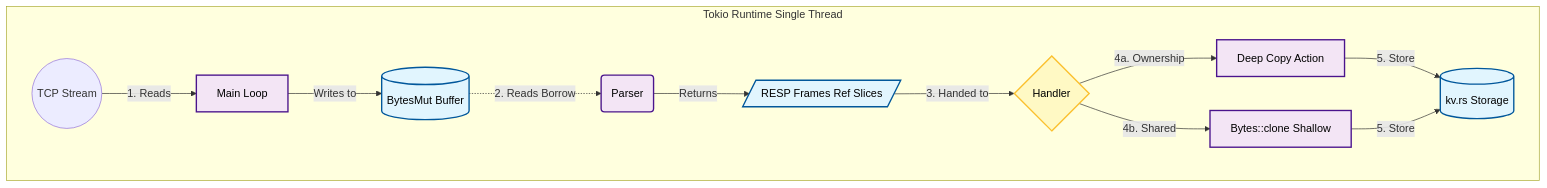
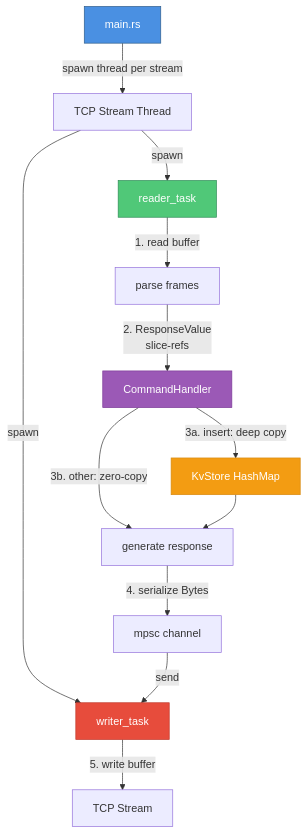
Before and after one commit to yskim308/rustis: the diagram in README.md, drawn with Mermaid. The commit also changed other lines of this file and 1 other file, not shown here.

Commit message:
organize and update readme for single_thread_v5

````diff
--- a/README.md
+++ b/README.md
@@ -125,81 +114,23 @@
 ```mermaid
-flowchart LR
-
-%% Define styles
-
-classDef storage fill:#e1f5fe,stroke:#01579b,stroke-width:2px,color:black;
-
-classDef process fill:#f3e5f5,stroke:#4a148c,stroke-width:2px,color:black;
-
-classDef decision fill:#fff9c4,stroke:#fbc02d,stroke-width:2px,color:black;
-
-  
-
-subgraph Tokio_Runtime [Tokio Runtime Single Thread]
-
-direction LR
-
-%% Step 1: Ingest
-
-TCP((TCP Stream))
-
-Main[Main Loop]
-
-Buffer[("BytesMut Buffer")]
-
-%% Step 2: Zero-Copy Parsing
-
-Parser(Parser)
-
-RefSlices[/"RESP Frames Ref Slices"/]
-
-  
-
-%% Step 3 & 4: Handling
-
-Handler{Handler}
-
-%% Allocation Strategy
-
-DeepCopy[Deep Copy Action]
-
-ShallowCopy["Bytes::clone Shallow"]
-
-%% Step 5: Storage
-
-KV[("kv.rs Storage")]
-
-end
-
-  
-
-%% Flow Connections
-
-TCP -->|1. Reads| Main
-
-Main -->|Writes to| Buffer
-
-Buffer -.->|2. Reads Borrow| Parser
-
-Parser -->|Returns| RefSlices
-
-RefSlices -->|3. Handed to| Handler
-
-Handler -- "4a. Ownership" --> DeepCopy
-
-Handler -- "4b. Shared" --> ShallowCopy
-
-DeepCopy -->|5. Store| KV
-
-ShallowCopy -->|5. Store| KV
-
-  
-
-%% Apply Classes
-
-class Buffer,KV,RefSlices storage;
-
-class Main,Parser,DeepCopy,ShallowCopy process;
-
-class Handler decision;
+graph TB
+    A[main.rs] -->|spawn thread per stream| B[TCP Stream Thread]
+    
+    B -->|spawn| C[writer_task]
+    B -->|spawn| D[reader_task]
+    
+    D -->|1. read buffer| E[parse frames]
+    E -->|2. ResponseValue<br/>slice-refs| F[CommandHandler]
+    F -->|3a. insert: deep copy| G[KvStore HashMap]
+    F -->|3b. other: zero-copy| H[generate response]
+    G --> H
+    H -->|4. serialize Bytes| I[mpsc channel]
+    
+    I -->|send| C
+    C -->|5. write buffer| J[TCP Stream]
+    
+    style A fill:#4A90E2,stroke:#2E5C8A,color:#fff
+    style D fill:#50C878,stroke:#2E8B57,color:#fff
+    style C fill:#E74C3C,stroke:#C0392B,color:#fff
+    style F fill:#9B59B6,stroke:#7D3C98,color:#fff
+    style G fill:#F39C12,stroke:#D68910,color:#fff 
 ```
````
